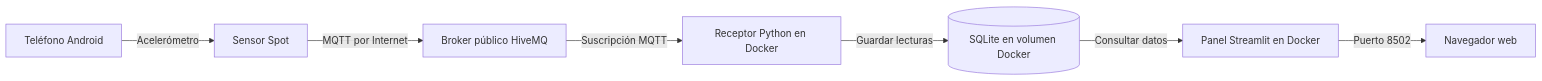
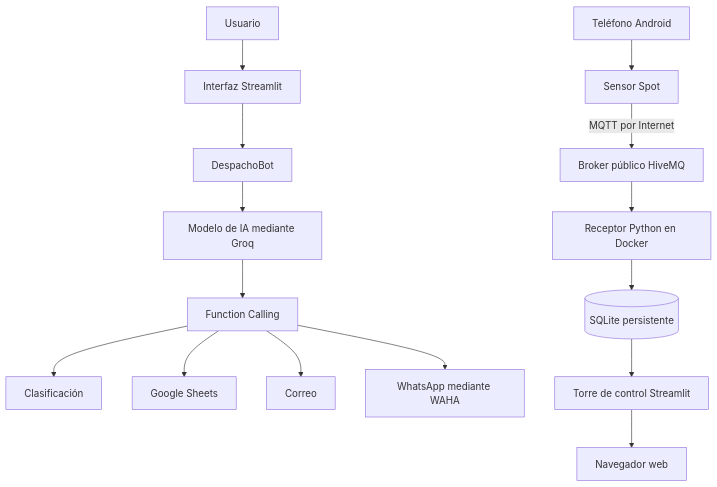
Before and after one commit to frankarone/SysDespacho-IA-TIC: the diagram in README.md, drawn with Mermaid. The commit also changed other lines of this file and 4 other files, not shown here.

Commit message:
Mejorar torre de control y documentacion

````diff
--- a/README.md
+++ b/README.md
@@ -260,9 +70,18 @@
 ```mermaid
-flowchart LR
-    A[Teléfono Android] -->|Acelerómetro| B[Sensor Spot]
-    B -->|MQTT por Internet| C[Broker público HiveMQ]
-    C -->|Suscripción MQTT| D[Receptor Python en Docker]
-    D -->|Guardar lecturas| E[(SQLite en volumen Docker)]
-    E -->|Consultar datos| F[Panel Streamlit en Docker]
-    F -->|Puerto 8502| G[Navegador web]
+flowchart TD
+    U[Usuario] --> A[Interfaz Streamlit]
+    A --> B[DespachoBot]
+    B --> C[Modelo de IA mediante Groq]
+    C --> D[Function Calling]
+    D --> E[Clasificación]
+    D --> F[Google Sheets]
+    D --> G[Correo]
+    D --> H[WhatsApp mediante WAHA]
+
+    I[Teléfono Android] --> J[Sensor Spot]
+    J -->|MQTT por Internet| K[Broker público HiveMQ]
+    K --> L[Receptor Python en Docker]
+    L --> M[(SQLite persistente)]
+    M --> N[Torre de control Streamlit]
+    N --> O[Navegador web]
 ```
````
